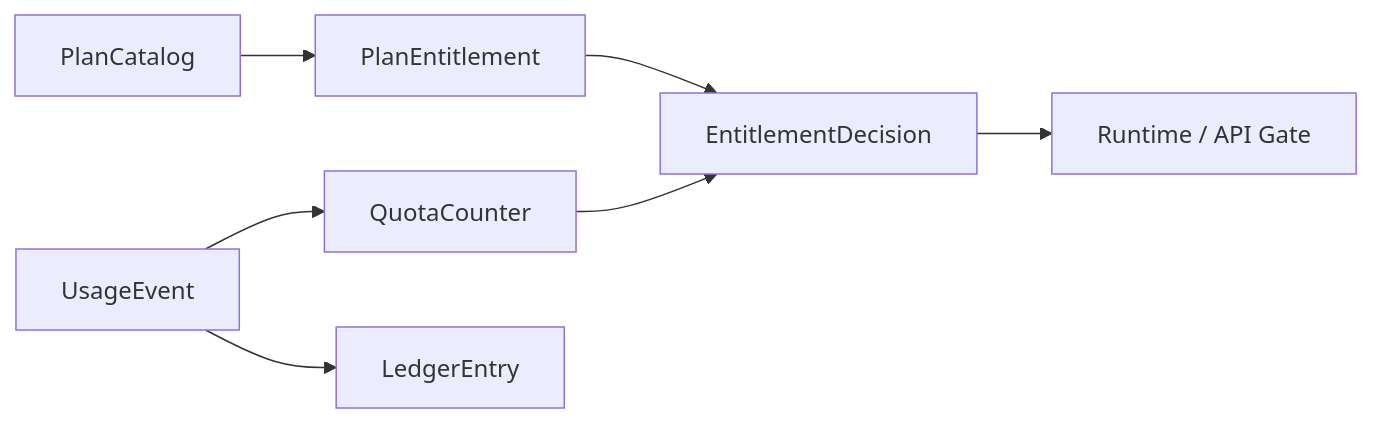
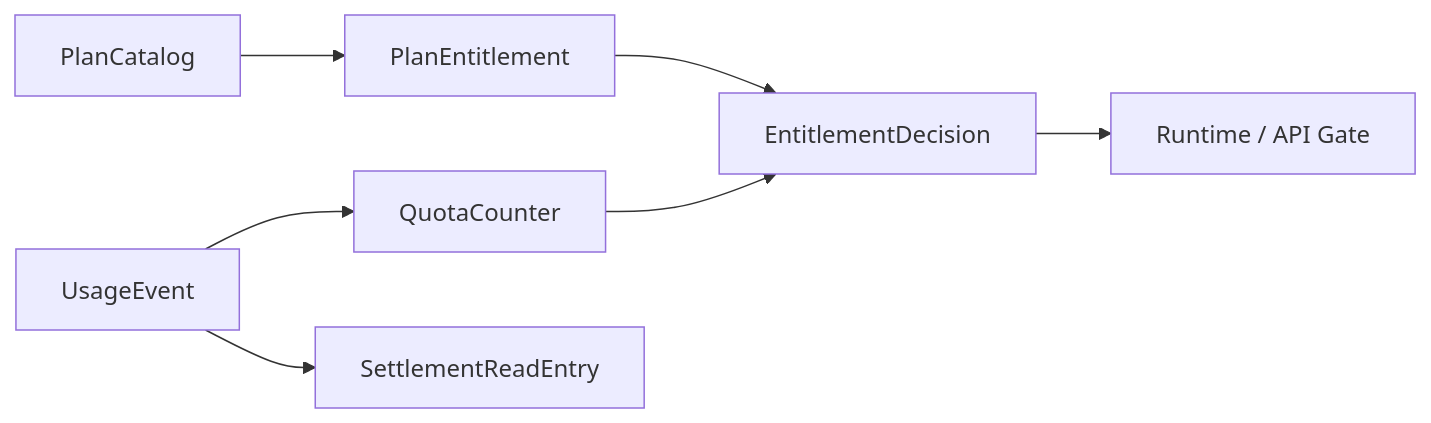
Before and after one commit to HoldenShen-hz/automatic-agent-platform: the third of 3 diagrams in docs_en/contracts/monetization_metering_plane_contract.md, drawn with Mermaid. The commit also changed other lines of this file and 495 other files, not shown here.

````diff
--- a/docs_en/contracts/monetization_metering_plane_contract.md
+++ b/docs_en/contracts/monetization_metering_plane_contract.md
@@ -189,9 +209,9 @@
 ```mermaid
 flowchart LR
     A["PlanCatalog"] --> B["PlanEntitlement"]
     B --> C["EntitlementDecision"]
     D["UsageEvent"] --> E["QuotaCounter"]
-    D --> F["LedgerEntry"]
+    D --> F["SettlementReadEntry"]
     C --> G["Runtime / API Gate"]
     E --> C
 ```
````
